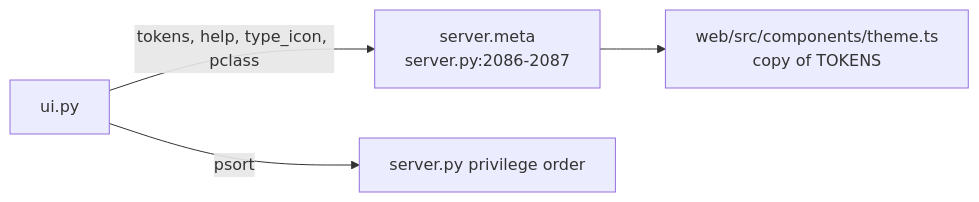
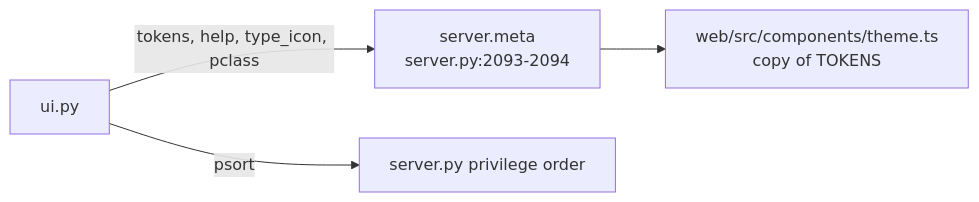
The diagram in snowflake-access-explorer-knowledge-graph/modules/ui.md (darshanmeel/snowflake-access-explorer), drawn with Mermaid before and after one commit. The commit also changed other lines of this file and 147 other files, not shown here.

````diff
--- a/snowflake-access-explorer-knowledge-graph/modules/ui.md
+++ b/snowflake-access-explorer-knowledge-graph/modules/ui.md
@@ -5,6 +5,6 @@
 ```mermaid
 flowchart LR
-  UI[ui.py] -->|tokens, help, type_icon, pclass| M[server.meta<br/>server.py:2086-2087]
+  UI[ui.py] -->|tokens, help, type_icon, pclass| M[server.meta<br/>server.py:2093-2094]
   M --> W[web/src/components/theme.ts<br/>copy of TOKENS]
   UI -->|psort| S[server.py privilege order]
 ```
````
